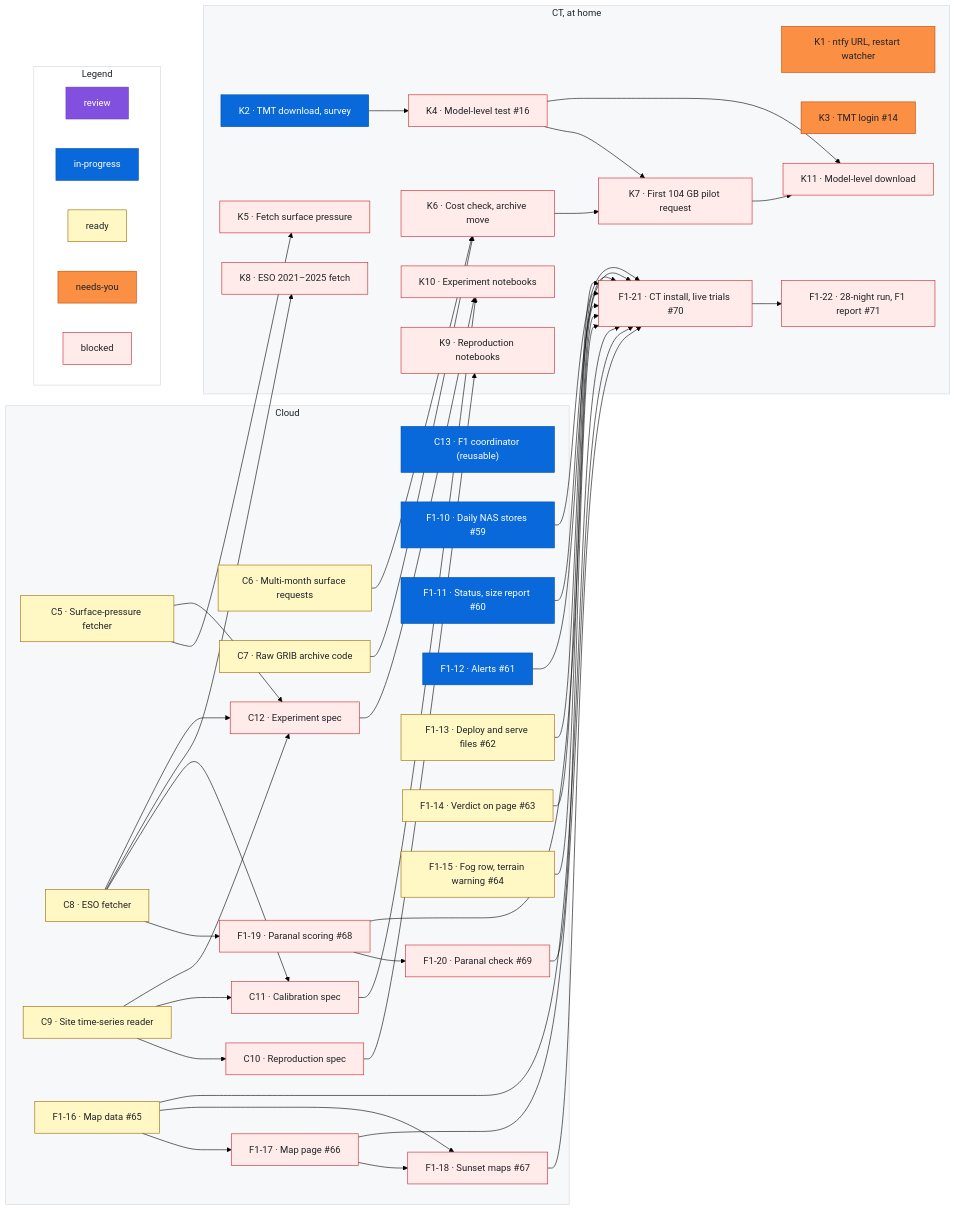
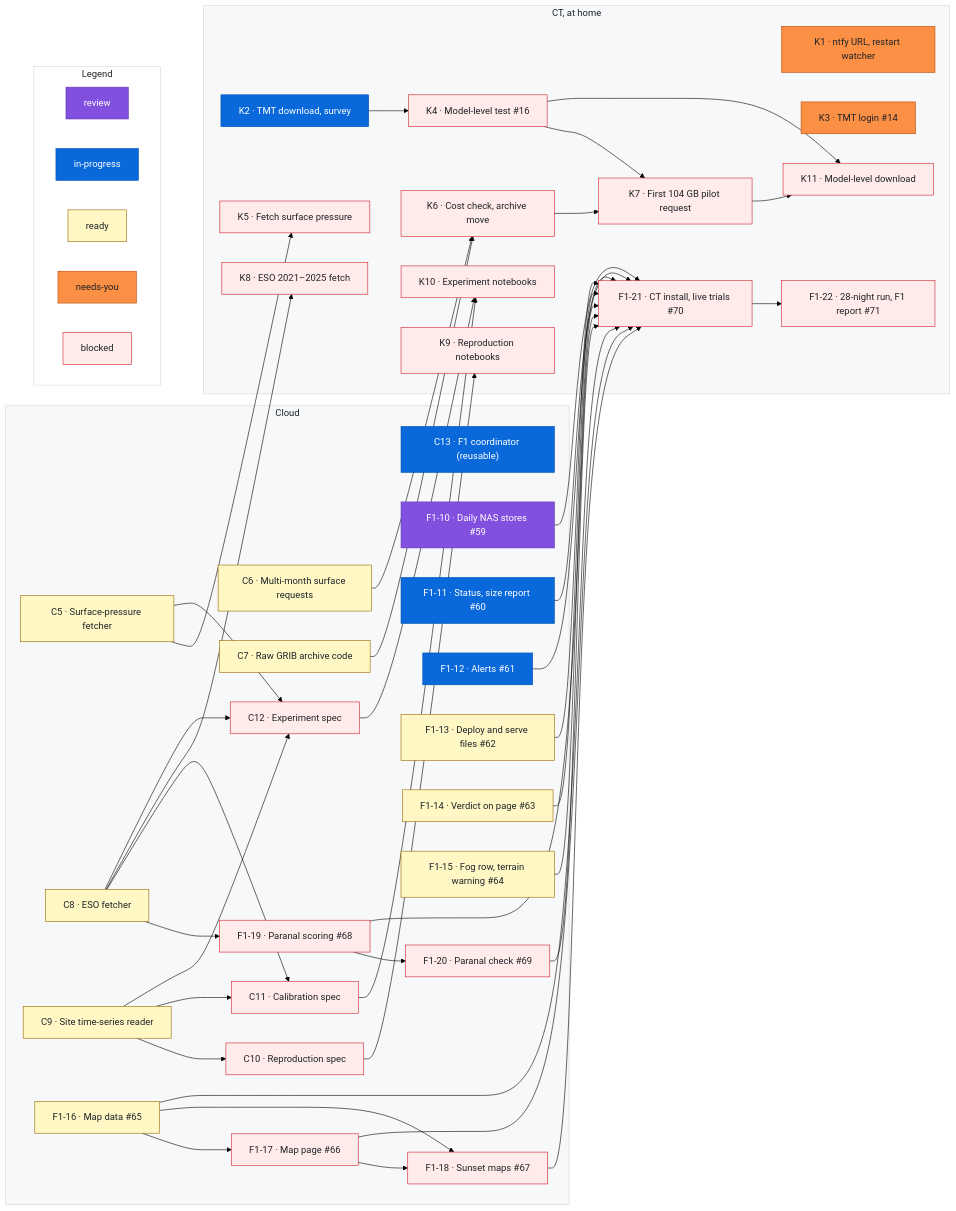
One commit to rrweller/Astro-seeing changed the diagram in docs/roadmap.md. Above: the diagram before and after it, drawn with Mermaid (forest theme). The commit also changed other lines of this file, not shown here.

Commit message:
roadmap: F1-10 in-progress → review

```diff
--- a/docs/roadmap.md
+++ b/docs/roadmap.md
@@ -195,7 +195,7 @@
   %% ---
   class C13 inprogress
   %% ---
-  class F1_10 inprogress
+  class F1_10 review
   %% ---
   class F1_11 inprogress
   %% ---
```
